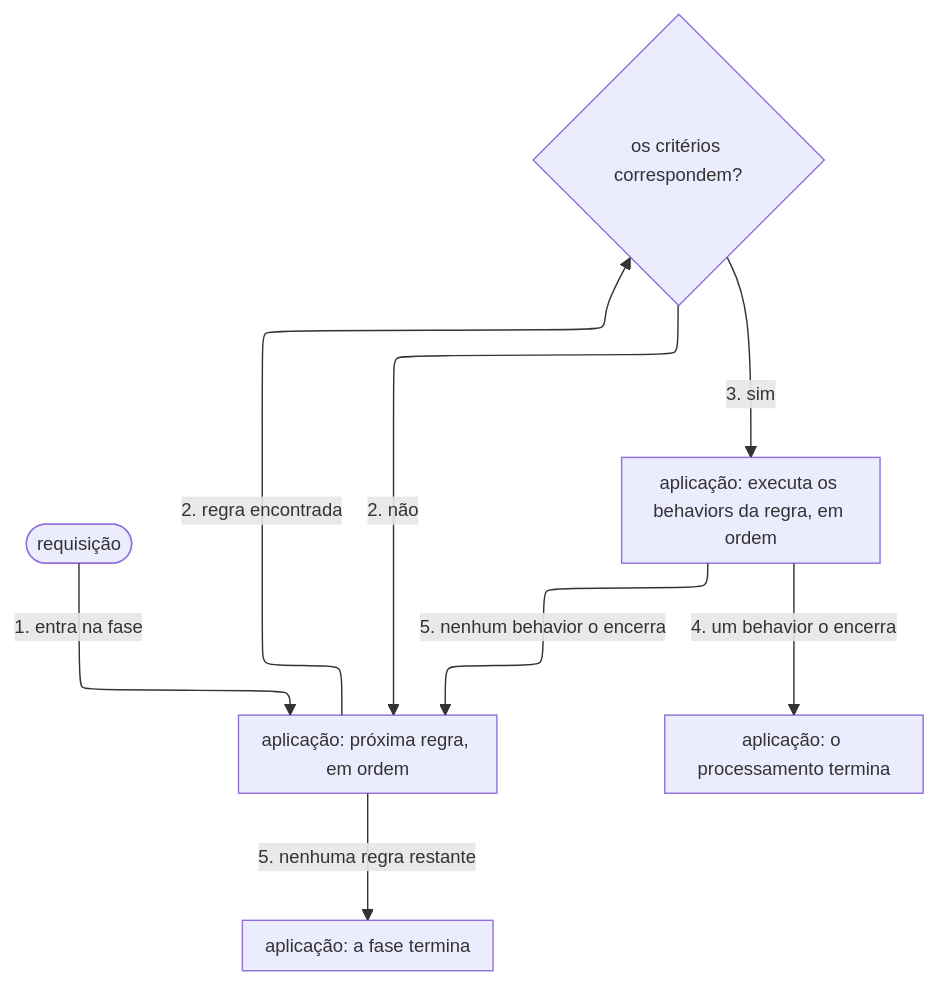
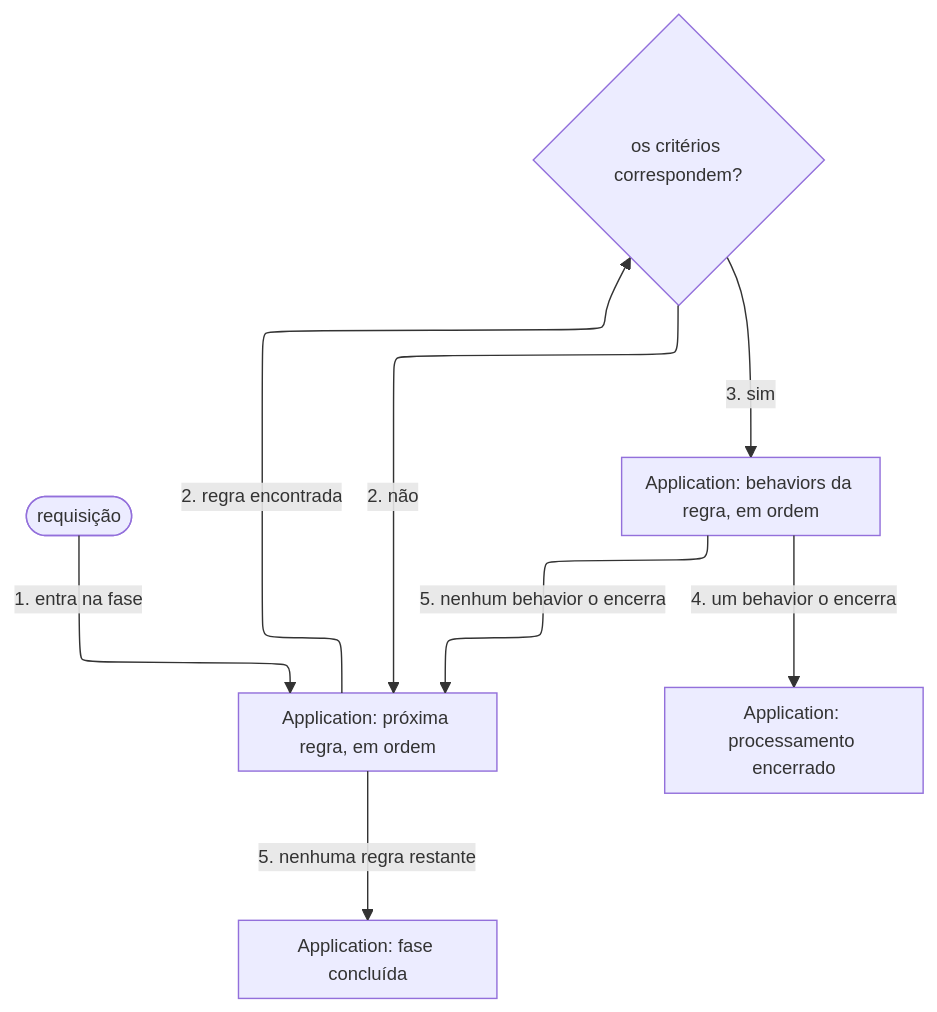
Before and after one commit to aziontech/docs: the third of 3 diagrams in apps/docs/src/content/docs/pt-br/pages/build/applications/como-funciona.mdx, drawn with Mermaid. The commit also changed other lines of this file and 3 other files, not shown here.

````diff
--- a/apps/docs/src/content/docs/pt-br/pages/build/applications/como-funciona.mdx
+++ b/apps/docs/src/content/docs/pt-br/pages/build/applications/como-funciona.mdx
@@ -109,17 +109,17 @@
 ```mermaid
 %%{init: {"layout": "elk", "elk": {"cycleBreakingStrategy": "MODEL_ORDER"}, "themeVariables": {"fontSize": "13px"}, "flowchart": {"nodeSpacing": 24, "rankSpacing": 36, "padding": 8, "wrappingWidth": 150, "useMaxWidth": true}, "sequence": {"width": 120, "actorMargin": 30, "useMaxWidth": true}}}%%
 flowchart TD
   Req(["requisição"])
-  Next["aplicação: próxima regra, em ordem"]
+  Next["Application: próxima regra, em ordem"]
   Match{"os critérios correspondem?"}
-  Run["aplicação: executa os behaviors da regra, em ordem"]
-  Stop["aplicação: o processamento termina"]
-  Done["aplicação: a fase termina"]
+  Run["Application: behaviors da regra, em ordem"]
+  Stop["Application: processamento encerrado"]
+  Done["Application: fase concluída"]
   Req -->|"1. entra na fase"| Next
   Next -->|"2. regra encontrada"| Match
   Match -->|"2. não"| Next
   Match -->|"3. sim"| Run
   Run -->|"4. um behavior o encerra"| Stop
   Run -->|"5. nenhum behavior o encerra"| Next
   Next -->|"5. nenhuma regra restante"| Done
 ```
````
